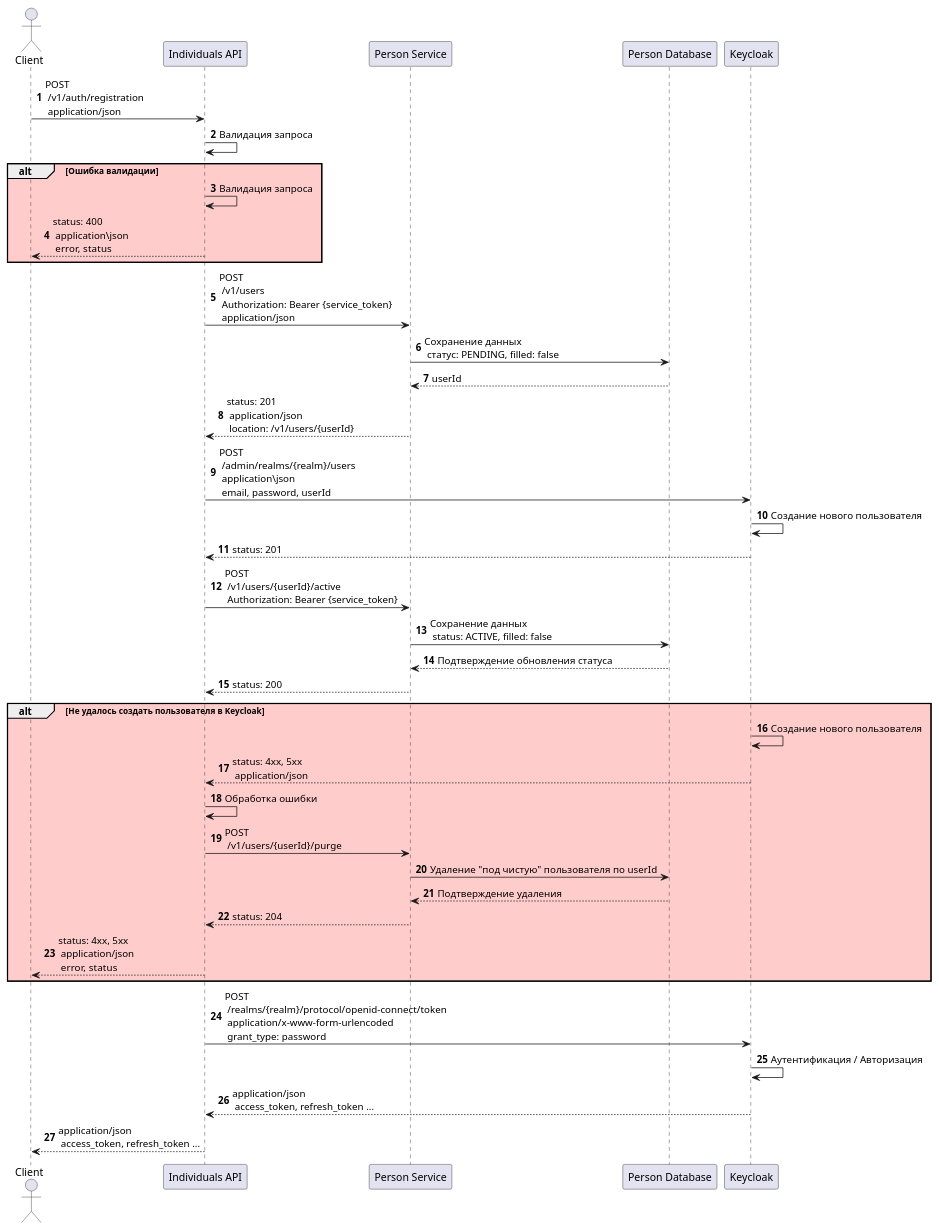
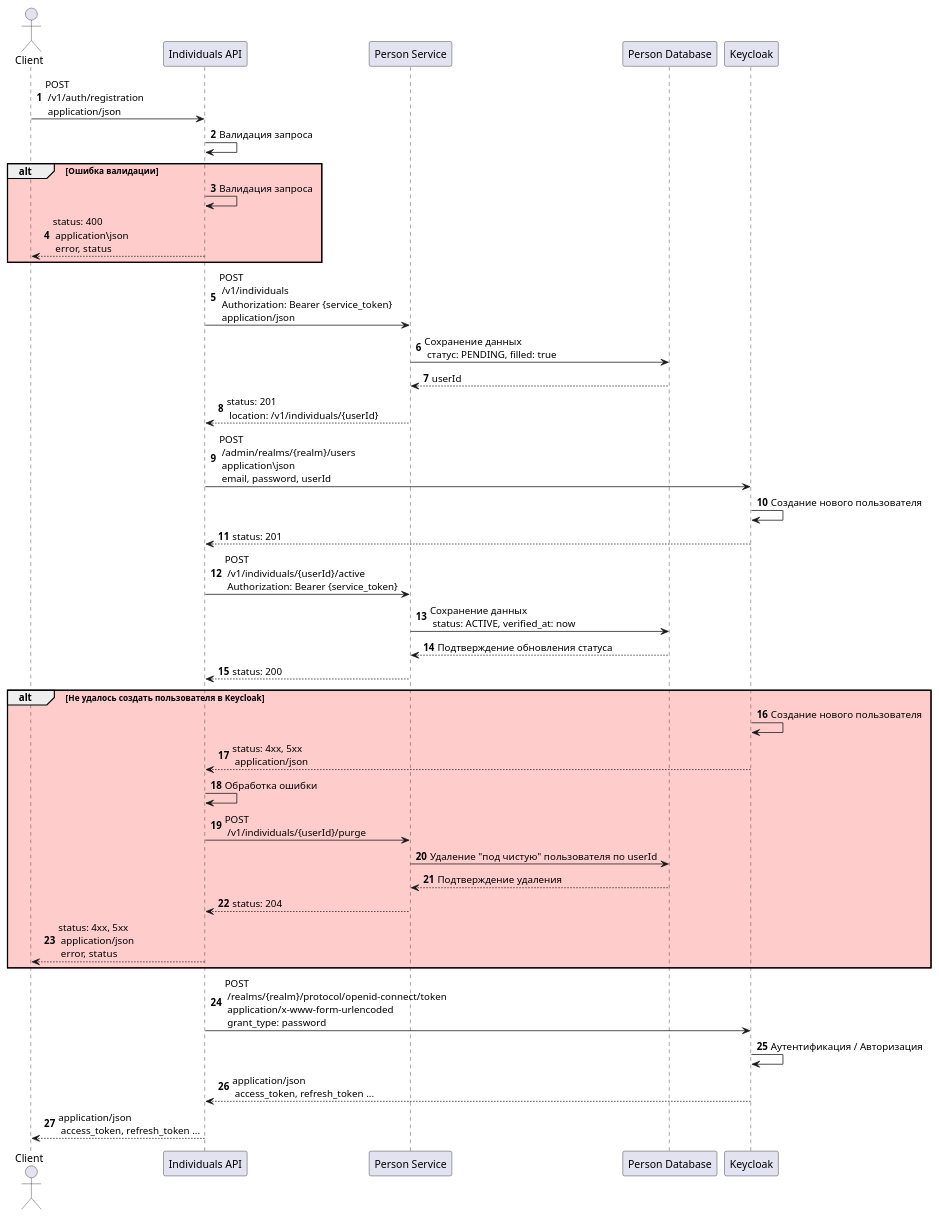
One commit to Ersted-me/payment-system changed the diagram in architecture/sequence/registration.puml. Above: the diagram before and after it, drawn with PlantUML. The commit also changed 5 other files, not shown here.

Commit message:
update person-open-api

```diff
--- a/architecture/sequence/registration.puml
+++ b/architecture/sequence/registration.puml
@@ -1,48 +1,48 @@
 @startuml
 
 autonumber
 
 actor Client as client
 participant "Individuals API" as api
 participant "Person Service" as person
 participant "Person Database" as personDb
 participant Keycloak as keycloak
 
 
 client -> api: POST \n /v1/auth/registration \n application/json
 api -> api: Валидация запроса
 
 alt #FFCCCC Ошибка валидации
 api -> api: Валидация запроса
 api --> client: status: 400 \n application\json \n error, status
 end
 
-api -> person: POST \n /v1/users \n Authorization: Bearer {service_token} \n application/json
-person -> personDb: Сохранение данных \n статус: PENDING, filled: false
+api -> person: POST \n /v1/individuals \n Authorization: Bearer {service_token} \n application/json
+person -> personDb: Сохранение данных \n статус: PENDING, filled: true
 personDb --> person: userId
-person --> api: status: 201 \n application/json \n location: /v1/users/{userId}
+person --> api: status: 201 \n location: /v1/individuals/{userId}
 api -> keycloak: POST \n /admin/realms/{realm}/users \n application\json \n email, password, userId
 keycloak -> keycloak: Создание нового пользователя
 keycloak --> api: status: 201
-api -> person: POST \n /v1/users/{userId}/active \n Authorization: Bearer {service_token}
-person -> personDb: Сохранение данных \n status: ACTIVE, filled: false
+api -> person: POST \n /v1/individuals/{userId}/active \n Authorization: Bearer {service_token}
+person -> personDb: Сохранение данных \n status: ACTIVE, verified_at: now
 personDb --> person: Подтверждение обновления статуса
 person --> api: status: 200
 
 alt #FFCCCC Не удалось создать пользователя в Keycloak
 keycloak -> keycloak: Создание нового пользователя
 keycloak --> api: status: 4xx, 5xx \n application/json
 api -> api: Обработка ошибки
-api -> person: POST \n /v1/users/{userId}/purge
+api -> person: POST \n /v1/individuals/{userId}/purge
 person -> personDb: Удаление "под чистую" пользователя по userId
 personDb --> person: Подтверждение удаления
 person --> api: status: 204
 api --> client: status: 4xx, 5xx \n application/json \n error, status
 end
 
 api -> keycloak: POST \n /realms/{realm}/protocol/openid-connect/token \n application/x-www-form-urlencoded \n grant_type: password
 keycloak -> keycloak: Аутентификация / Авторизация
 keycloak --> api: application/json \n access_token, refresh_token ...
 api --> client: application/json \n access_token, refresh_token ...
 
 @enduml
```
